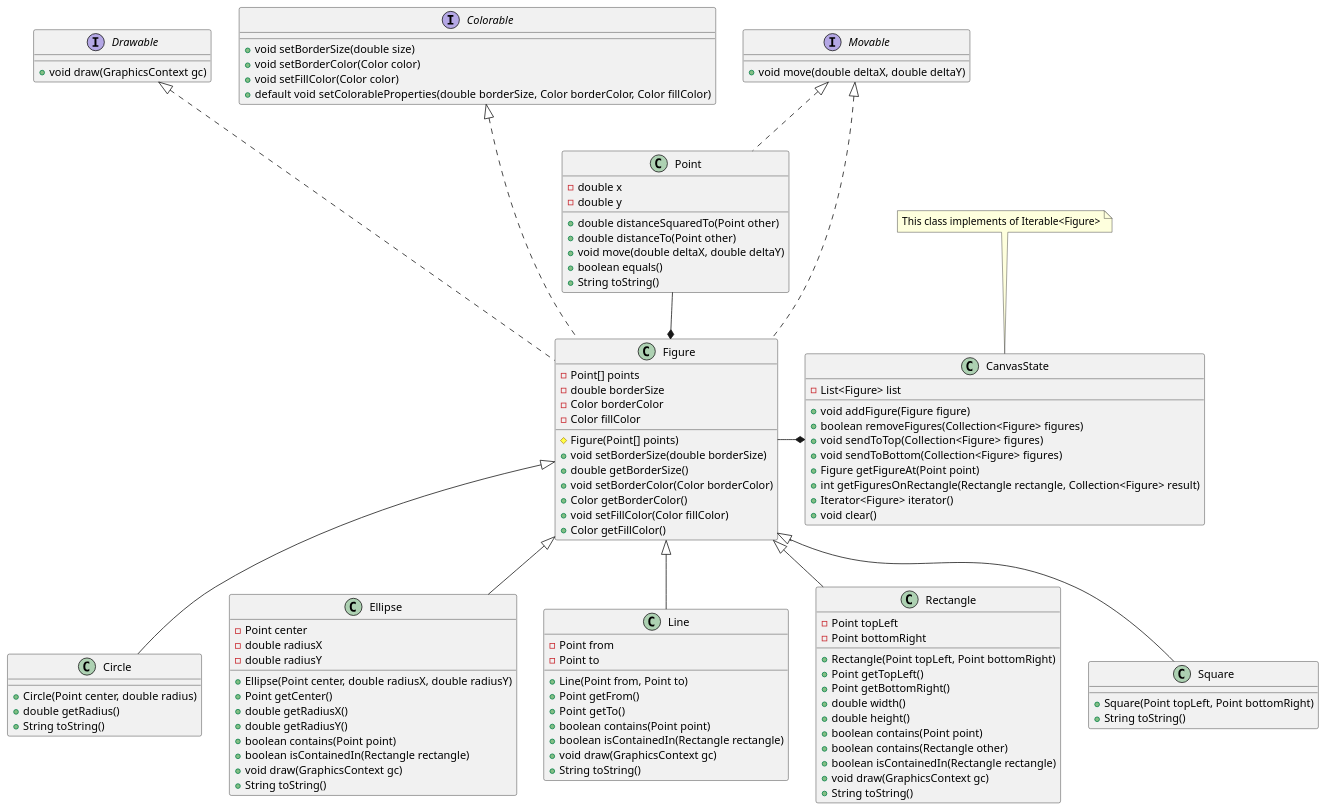
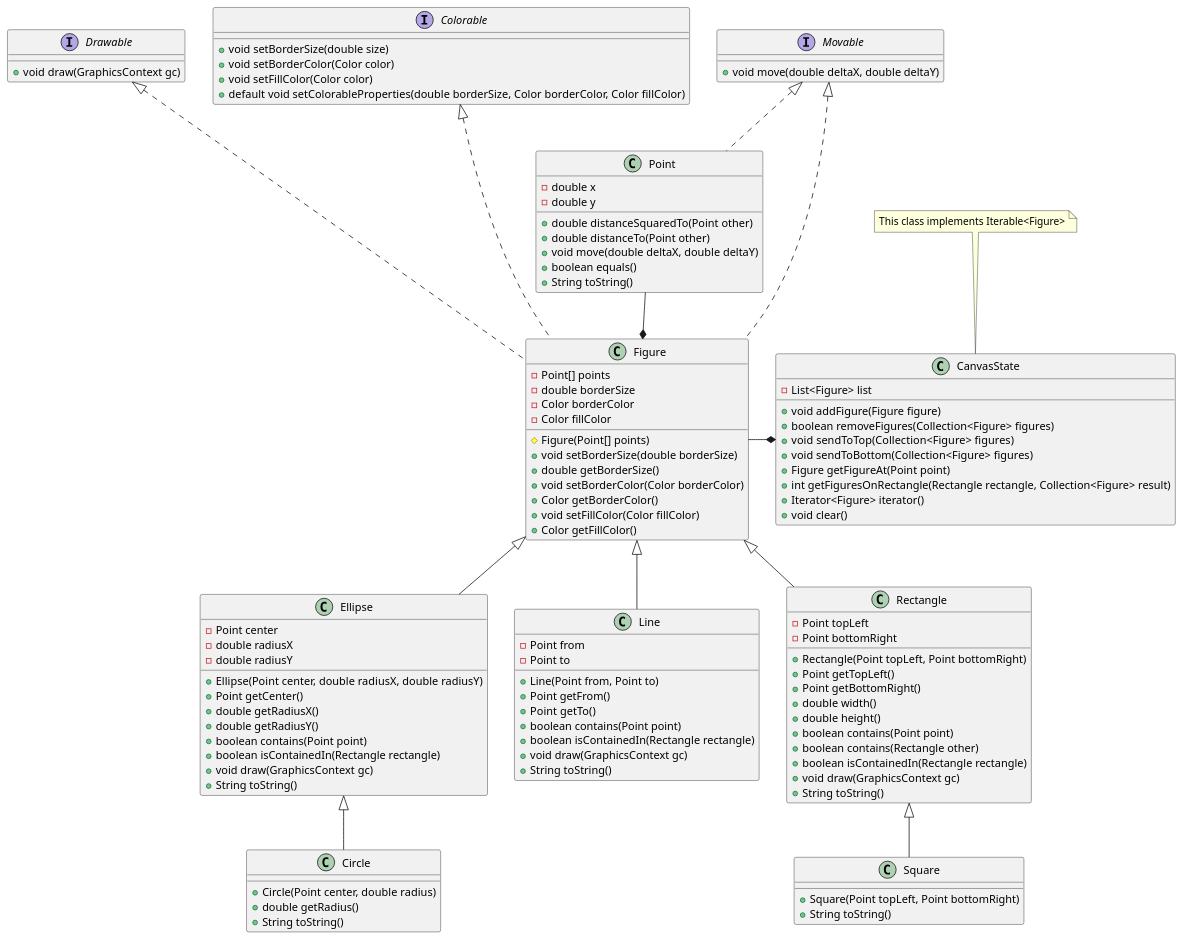
The diagram in doc/BackendUML.puml (ThomasMiz/TPE-POO), drawn with PlantUML before and after one commit.

Commit message:
final update to UML

```diff
--- a/doc/BackendUML.puml
+++ b/doc/BackendUML.puml
@@ -1,131 +1,131 @@
 @startuml
 
 interface Drawable{
 +void draw(GraphicsContext gc)
 }
 
 interface Colorable{
 +void setBorderSize(double size)
 +void setBorderColor(Color color)
 +void setFillColor(Color color)
 +default void setColorableProperties(double borderSize, Color borderColor, Color fillColor)
 }
 
 interface Movable{
 +void move(double deltaX, double deltaY)
 }
 
 Drawable -[hidden] Colorable
 Colorable -[hidden] Movable
 
 abstract class Figure{
 -Point[] points
 -double borderSize
 -Color borderColor
 -Color fillColor
 
 #Figure(Point[] points)
 +void setBorderSize(double borderSize)
 +double getBorderSize()
 +void setBorderColor(Color borderColor)
 +Color getBorderColor()
 +void setFillColor(Color fillColor)
 +Color getFillColor()
 }
 class Figure implements Drawable
 class Figure implements Colorable
 class Figure implements Movable
 Figure *-up- Point
 
 class CanvasState{
 -List<Figure> list
 +void addFigure(Figure figure)
 +boolean removeFigures(Collection<Figure> figures)
 +void sendToTop(Collection<Figure> figures)
 +void sendToBottom(Collection<Figure> figures)
 +Figure getFigureAt(Point point)
 +int getFiguresOnRectangle(Rectangle rectangle, Collection<Figure> result)
 +Iterator<Figure> iterator()
 +void clear()
 }
 
 CanvasState *-left- Figure
 
 class Circle{
 +Circle(Point center, double radius)
 +double getRadius()
 +String toString()
 }
 
 class Ellipse{
 -Point center
 -double radiusX
 -double radiusY
 
 +Ellipse(Point center, double radiusX, double radiusY)
 +Point getCenter()
 +double getRadiusX()
 +double getRadiusY()
 +boolean contains(Point point)
 +boolean isContainedIn(Rectangle rectangle)
 +void draw(GraphicsContext gc)
 +String toString()
 }
 
 class Line{
 -Point from
 -Point to
 
 +Line(Point from, Point to)
 +Point getFrom()
 +Point getTo()
 +boolean contains(Point point)
 +boolean isContainedIn(Rectangle rectangle)
 +void draw(GraphicsContext gc)
 +String toString()
 }
 
 class Point{
 -double x
 -double y
 
 +double distanceSquaredTo(Point other)
 +double distanceTo(Point other)
 +void move(double deltaX, double deltaY)
 +boolean equals()
 +String toString()
 }
 
 class Point implements Movable
 
 class Rectangle{
 -Point topLeft
 -Point bottomRight
 
 +Rectangle(Point topLeft, Point bottomRight)
 +Point getTopLeft()
 +Point getBottomRight()
 +double width()
 +double height()
 +boolean contains(Point point)
 +boolean contains(Rectangle other)
 +boolean isContainedIn(Rectangle rectangle)
 +void draw(GraphicsContext gc)
 +String toString()
 }
 
 class Square{
 +Square(Point topLeft, Point bottomRight)
 +String toString()
 }
 
-class Circle extends Figure
+class Circle extends Ellipse
 class Ellipse extends Figure
 class Rectangle extends Figure
-class Square extends Figure
+class Square extends Rectangle
 class Line extends Figure
 
 note top of CanvasState
-This class implements of Iterable<Figure>
+This class implements Iterable<Figure>
 end note
 @enduml
```
